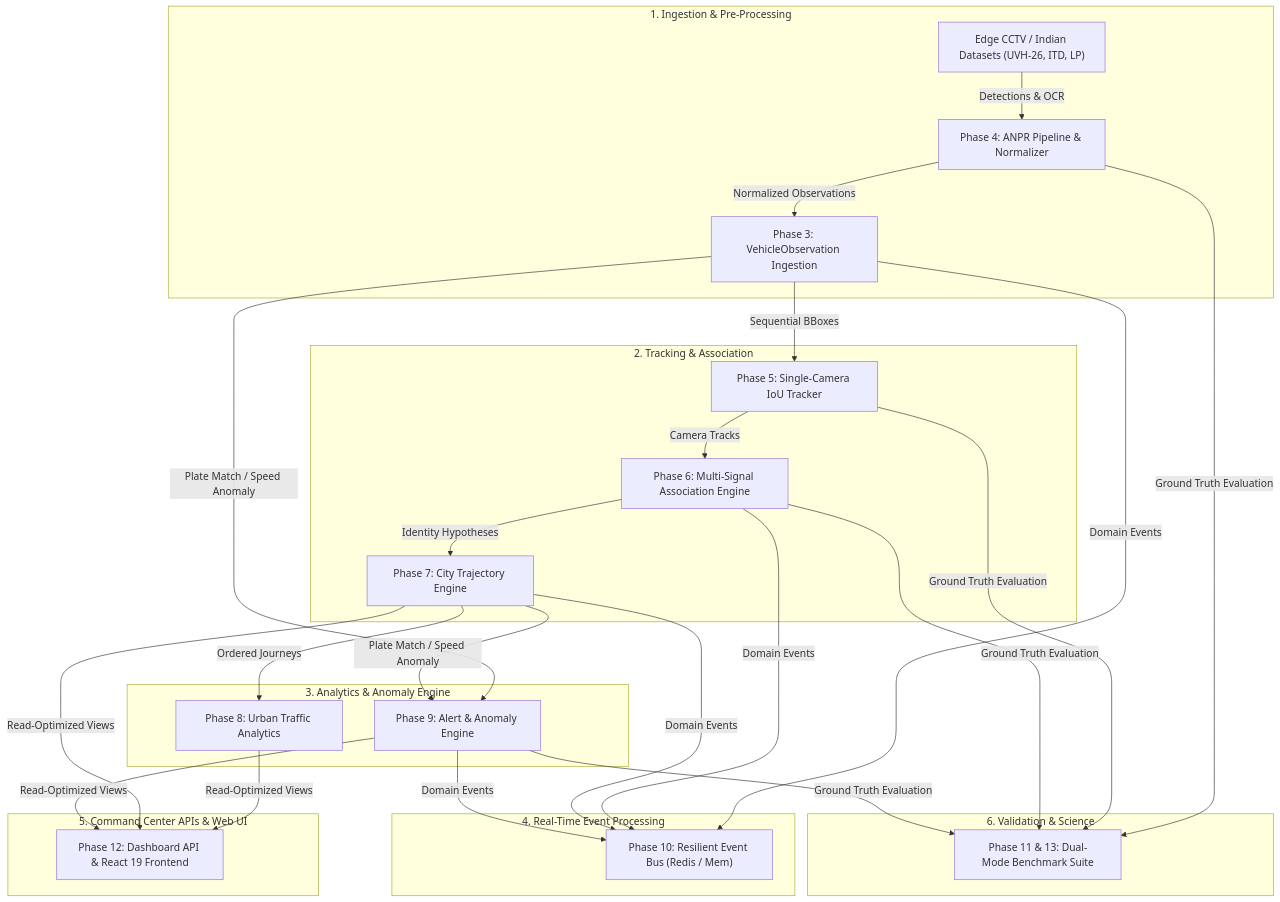
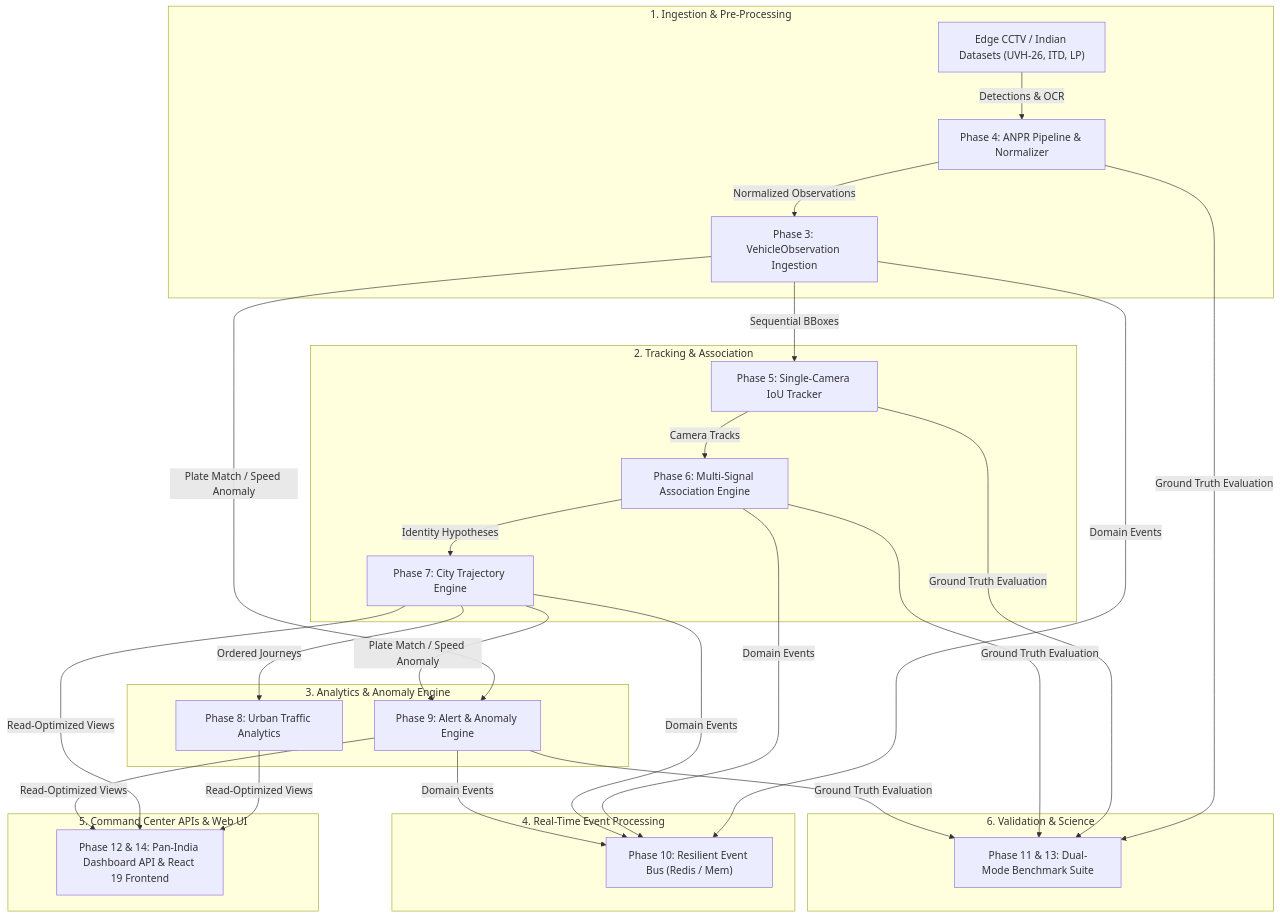
The diagram in README.md (NotAsif007/traffic-analytics), drawn with Mermaid before and after one commit. The commit also changed other lines of this file and 10 other files, not shown here.

Commit message:
docs: update context.md and README.md with Pan-India multi-city network, real Indian CCTV stream player, and 124 unit test suite

````diff
--- a/README.md
+++ b/README.md
@@ -57,30 +78,30 @@
 ```mermaid
 flowchart TD
     subgraph INGESTION["1. Ingestion & Pre-Processing"]
         A["Edge CCTV / Indian Datasets (UVH-26, ITD, LP)"] -->|"Detections & OCR"| B["Phase 4: ANPR Pipeline & Normalizer"]
         B -->|"Normalized Observations"| C["Phase 3: VehicleObservation Ingestion"]
     end
 
     subgraph TRACKING["2. Tracking & Association"]
         C -->|"Sequential BBoxes"| D["Phase 5: Single-Camera IoU Tracker"]
         D -->|"Camera Tracks"| E["Phase 6: Multi-Signal Association Engine"]
         E -->|"Identity Hypotheses"| F["Phase 7: City Trajectory Engine"]
     end
 
     subgraph INTELLIGENCE["3. Analytics & Anomaly Engine"]
         F -->|"Ordered Journeys"| G["Phase 8: Urban Traffic Analytics"]
         C & F -->|"Plate Match / Speed Anomaly"| H["Phase 9: Alert & Anomaly Engine"]
     end
 
     subgraph EVENT_BUS["4. Real-Time Event Processing"]
         C & E & F & H -->|"Domain Events"| I["Phase 10: Resilient Event Bus (Redis / Mem)"]
     end
 
     subgraph DASHBOARD["5. Command Center APIs & Web UI"]
-        G & F & H -->|"Read-Optimized Views"| J["Phase 12: Dashboard API & React 19 Frontend"]
+        G & F & H -->|"Read-Optimized Views"| J["Phase 12 & 14: Pan-India Dashboard API & React 19 Frontend"]
     end
 
     subgraph BENCHMARK["6. Validation & Science"]
         B & D & E & H -->|"Ground Truth Evaluation"| K["Phase 11 & 13: Dual-Mode Benchmark Suite"]
     end
 ```
````
